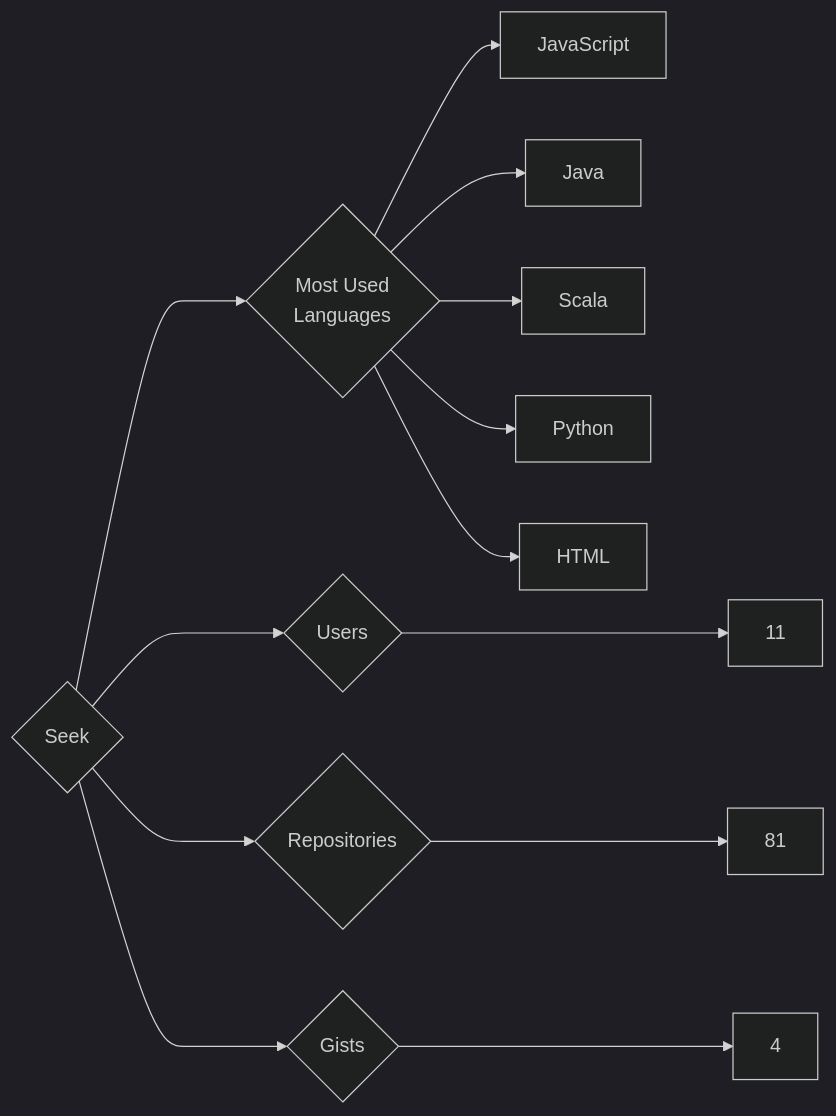
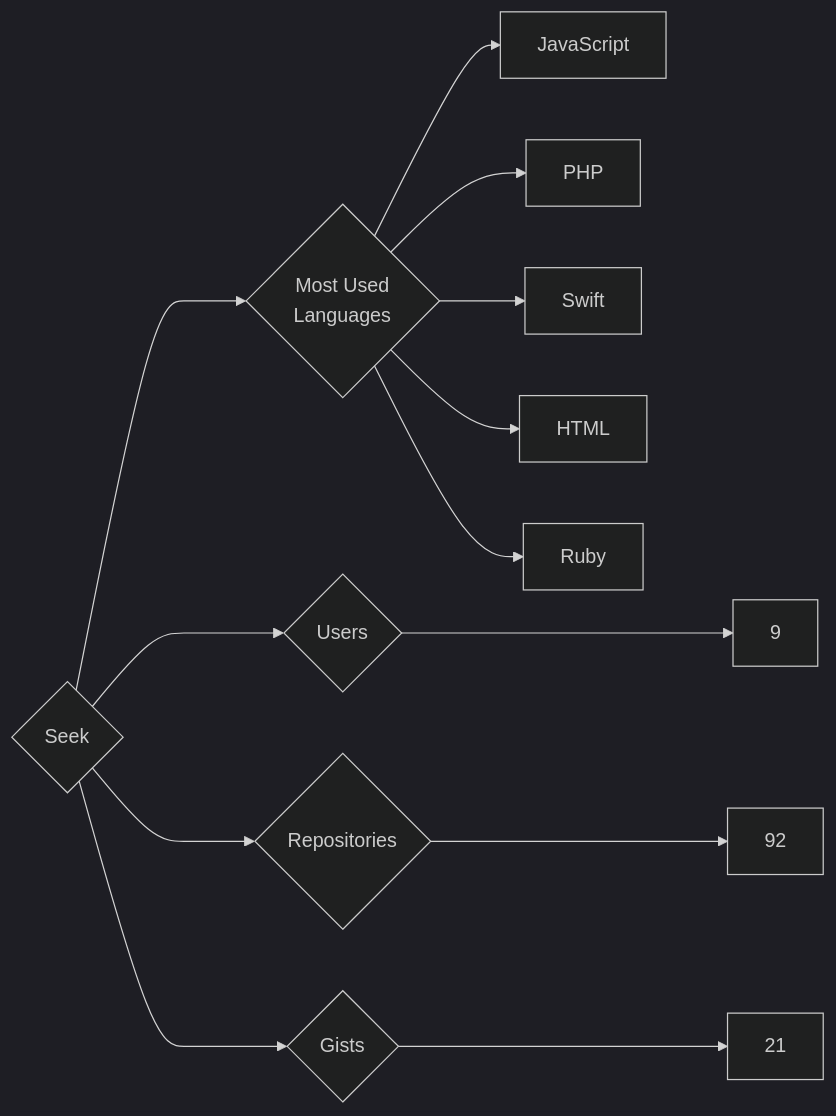
The diagram in targets/Seek/README.md (trickest/insiders), drawn with Mermaid (dark theme) before and after one commit. The commit also changed 1696 other files, not shown here.

````diff
--- a/targets/Seek/README.md
+++ b/targets/Seek/README.md
@@ -3,13 +3,13 @@
 ```mermaid
 graph LR
 COMPANY_NAME{Seek}
-COMPANY_NAME ---> U{Users} ---> UN[11]
-COMPANY_NAME ---> R{Repositories} ---> RN[81]
-COMPANY_NAME ---> G{Gists} ---> GN[4]
+COMPANY_NAME ---> U{Users} ---> UN[9]
+COMPANY_NAME ---> R{Repositories} ---> RN[92]
+COMPANY_NAME ---> G{Gists} ---> GN[21]
 COMPANY_NAME ---> ML{Most Used<br>Languages}
 ML --> JavaScript[JavaScript]
-ML --> Java[Java]
-ML --> Scala[Scala]
-ML --> Python[Python]
+ML --> PHP[PHP]
+ML --> Swift[Swift]
 ML --> HTML[HTML]
+ML --> Ruby[Ruby]
 ```
````
